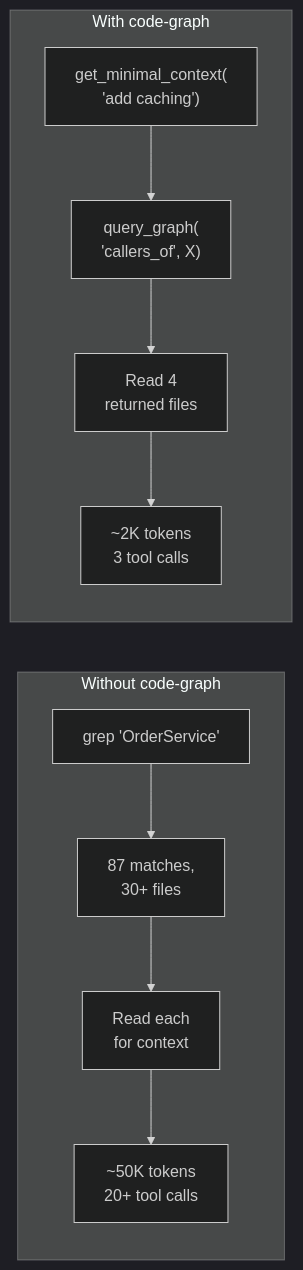
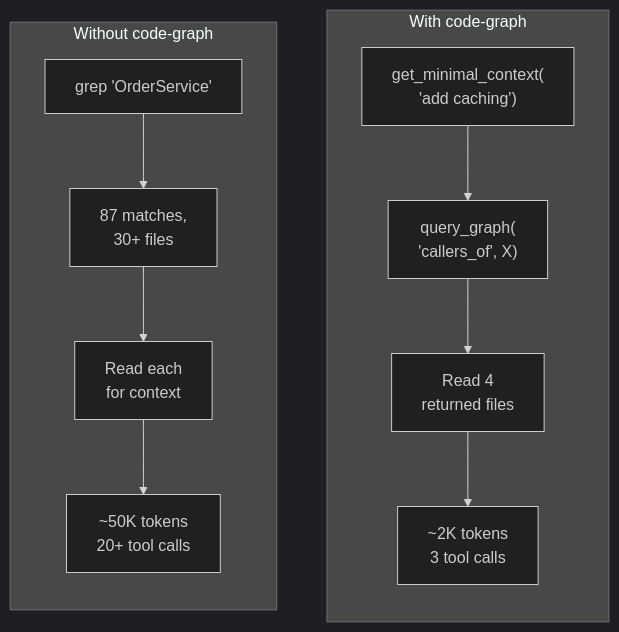
Before and after one commit to paullukic/coograph: the second of 2 diagrams in README.md, drawn with Mermaid (dark theme).

Commit message:
docs: README mermaid — render WITHOUT/WITH side-by-side (LR), pipelines vertical (TB)
Old layout stacked the two subgraphs vertically, making side-by-side
comparison impossible. New layout: parent flowchart LR with explicit
WITHOUT ~~~ WITH connector forces the two subgraphs onto the same row.
Each subgraph internally direction TB so steps flow top-to-bottom
within its lane.

````diff
--- a/README.md
+++ b/README.md
@@ -116,10 +116,14 @@
 ```mermaid
 flowchart LR
     subgraph WITHOUT ["Without code-graph"]
-        A1["grep 'OrderService'"] --> A2["87 matches,\n30+ files"] --> A3["Read each\nfor context"] --> A4["~50K tokens\n20+ tool calls"]
+        direction TB
+        A1["grep 'OrderService'"] --> A2["87 matches,<br/>30+ files"] --> A3["Read each<br/>for context"] --> A4["~50K tokens<br/>20+ tool calls"]
     end
 
     subgraph WITH ["With code-graph"]
-        B1["get_minimal_context(\n'add caching')"] --> B2["query_graph(\n'callers_of', X)"] --> B3["Read 4\nreturned files"] --> B4["~2K tokens\n3 tool calls"]
+        direction TB
+        B1["get_minimal_context(<br/>'add caching')"] --> B2["query_graph(<br/>'callers_of', X)"] --> B3["Read 4<br/>returned files"] --> B4["~2K tokens<br/>3 tool calls"]
     end
+
+    WITHOUT ~~~ WITH
 ```
````
